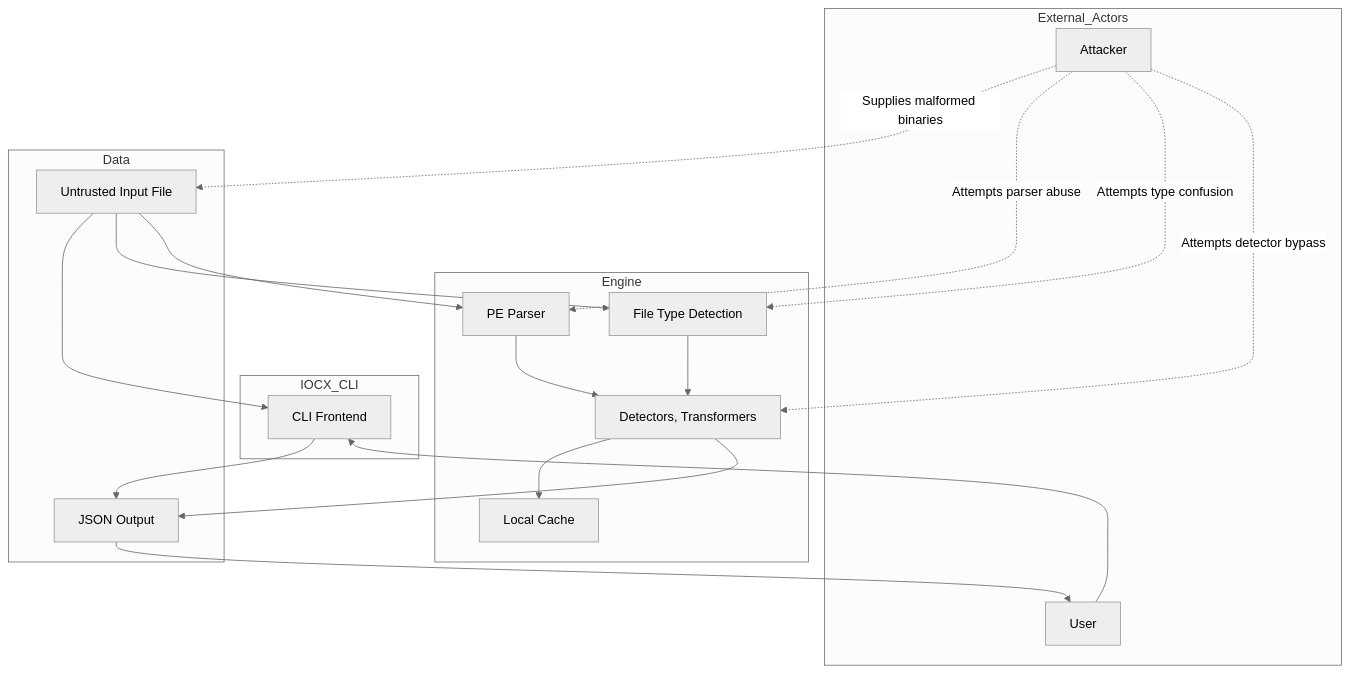
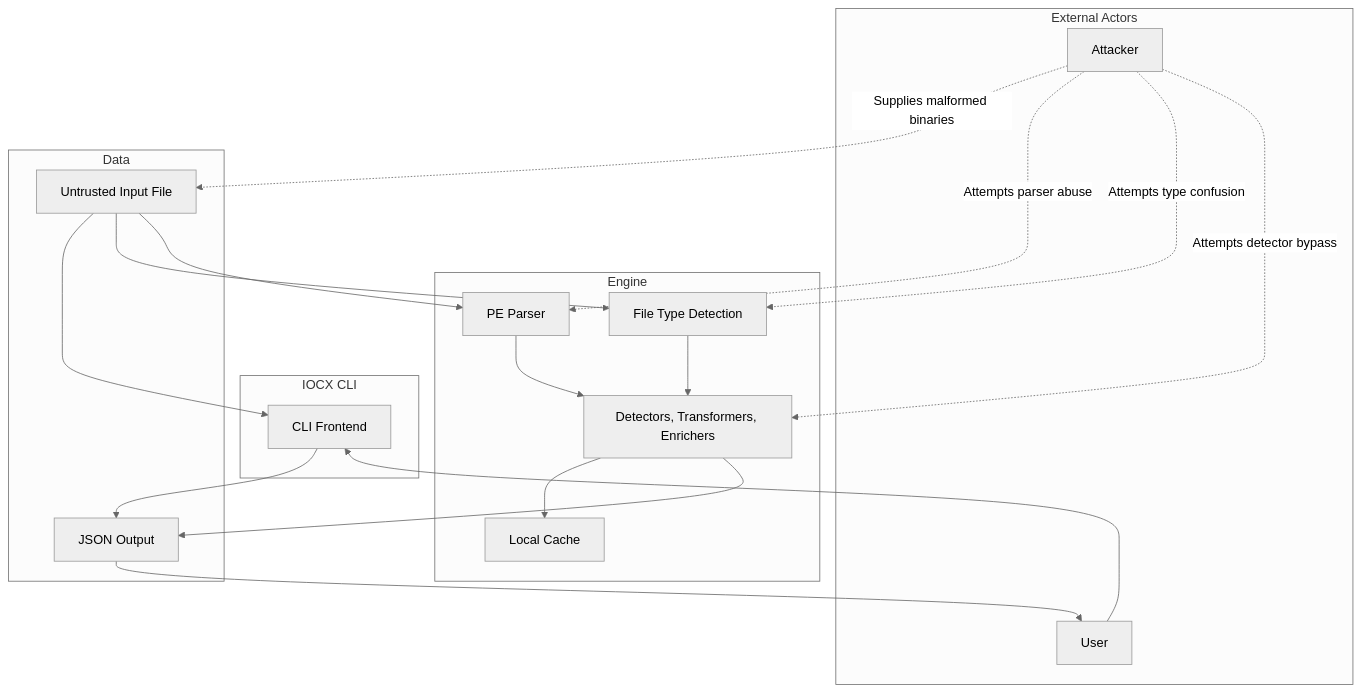
The second of 2 diagrams in docs/security/threat-model.md (iocx-dev/iocx), drawn with Mermaid (neutral theme) before and after one commit.

Commit message:
Add missing enrichers from the engine STRIDE diagram

````diff
--- a/docs/security/threat-model.md
+++ b/docs/security/threat-model.md
@@ -65,42 +65,42 @@
 ```mermaid
 flowchart TD
 
-    subgraph External_Actors
+    subgraph External Actors
         A[Attacker]
         U[User]
     end
 
-    subgraph IOCX_CLI
+    subgraph IOCX CLI
         CLI[CLI Frontend]
     end
 
     subgraph Engine
-        DET[Detectors, Transformers]
+        DET[Detectors, Transformers, Enrichers]
         PE[PE Parser]
         MAGIC[File Type Detection]
         CACHE[Local Cache]
     end
 
     subgraph Data
         F[Untrusted Input File]
         O[JSON Output]
     end
 
     %% Data Flows
     U --> CLI
     F --> CLI
     F --> MAGIC
     F --> PE
     MAGIC --> DET
     PE --> DET
     DET --> CACHE
     DET --> O
     CLI --> O
     O --> U
 
     %% Threats
     A -. Supplies malformed binaries .-> F
     A -. Attempts parser abuse .-> PE
     A -. Attempts type confusion .-> MAGIC
     A -. Attempts detector bypass .-> DET
 ```
````
